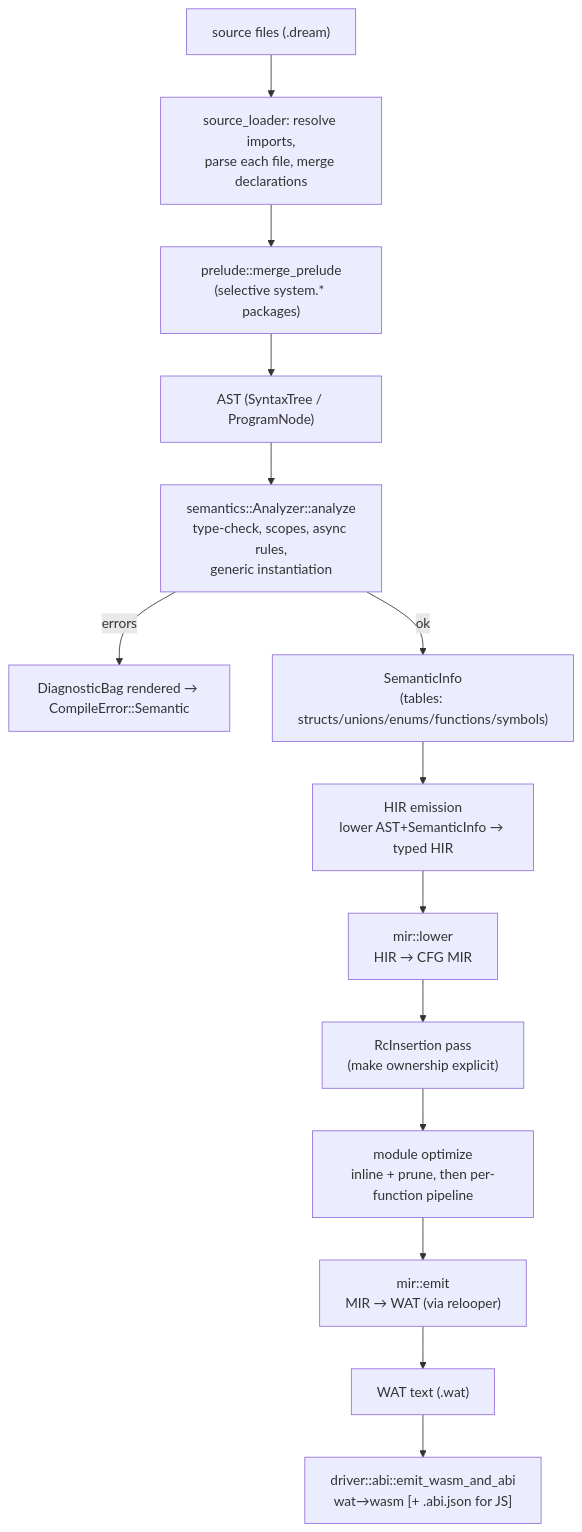
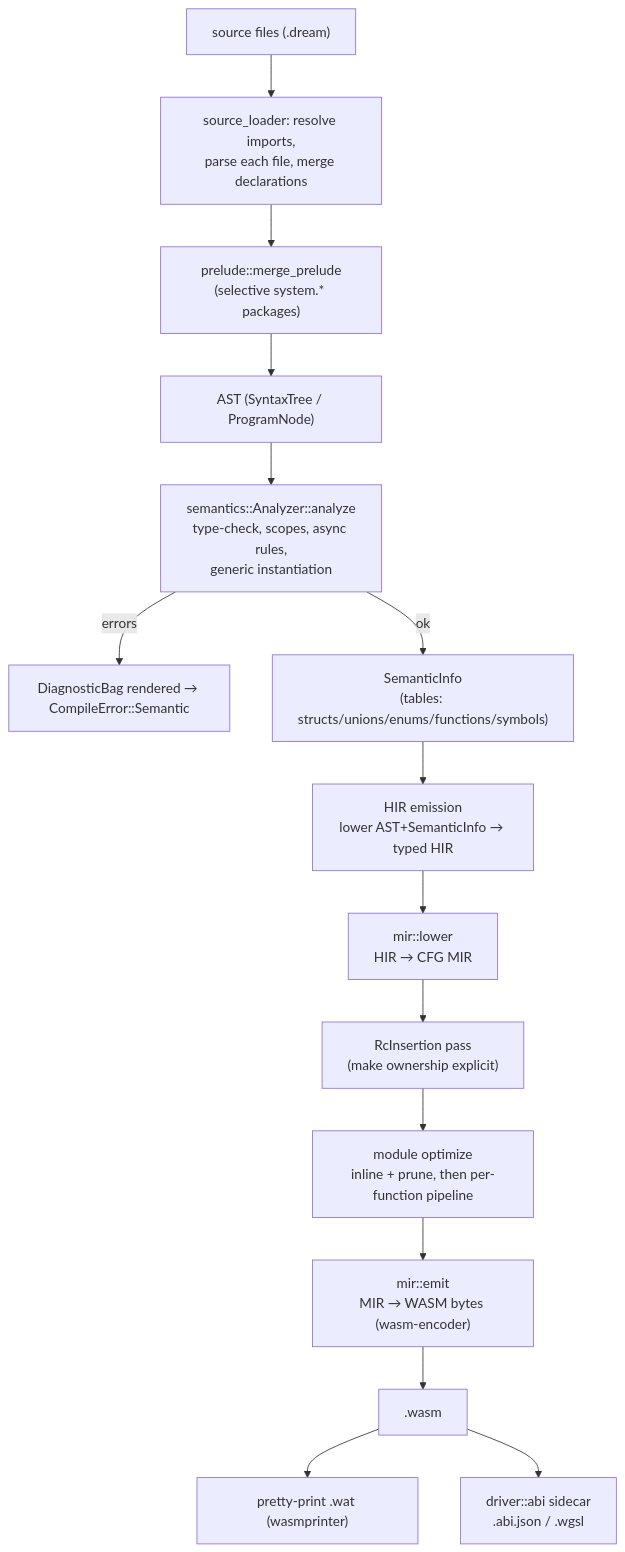
One commit to sps014/dream changed the first of 2 diagrams in docs/internals/01-pipeline-overview.md. Above: the diagram before and after it, drawn with Mermaid. The commit also changed other lines of this file and 42 other files, not shown here.

````diff
--- a/docs/internals/01-pipeline-overview.md
+++ b/docs/internals/01-pipeline-overview.md
@@ -7,20 +7,21 @@
 ```mermaid
 flowchart TD
     src["source files (.dream)"]
     src --> load["source_loader: resolve imports,\nparse each file, merge declarations"]
     load --> prelude["prelude::merge_prelude\n(selective system.* packages)"]
     prelude --> ast["AST (SyntaxTree / ProgramNode)"]
 
     ast --> analyze["semantics::Analyzer::analyze\ntype-check, scopes, async rules,\ngeneric instantiation"]
     analyze -->|errors| diag["DiagnosticBag rendered → CompileError::Semantic"]
     analyze -->|ok| info["SemanticInfo\n(tables: structs/unions/enums/functions/symbols)"]
 
     info --> hir["HIR emission\nlower AST+SemanticInfo → typed HIR"]
     hir --> mir["mir::lower\nHIR → CFG MIR"]
     mir --> rc["RcInsertion pass\n(make ownership explicit)"]
     rc --> opt["module optimize\ninline + prune, then per-function pipeline"]
-    opt --> emit["mir::emit\nMIR → WAT (via relooper)"]
+    opt --> emit["mir::emit\nMIR → WASM bytes (wasm-encoder)"]
 
-    emit --> wat["WAT text (.wat)"]
-    wat --> abi["driver::abi::emit_wasm_and_abi\nwat→wasm [+ .abi.json for JS]"]
+    emit --> wasm[".wasm"]
+    wasm --> wat["pretty-print .wat (wasmprinter)"]
+    wasm --> abi["driver::abi sidecar\n.abi.json / .wgsl"]
 ```
````
